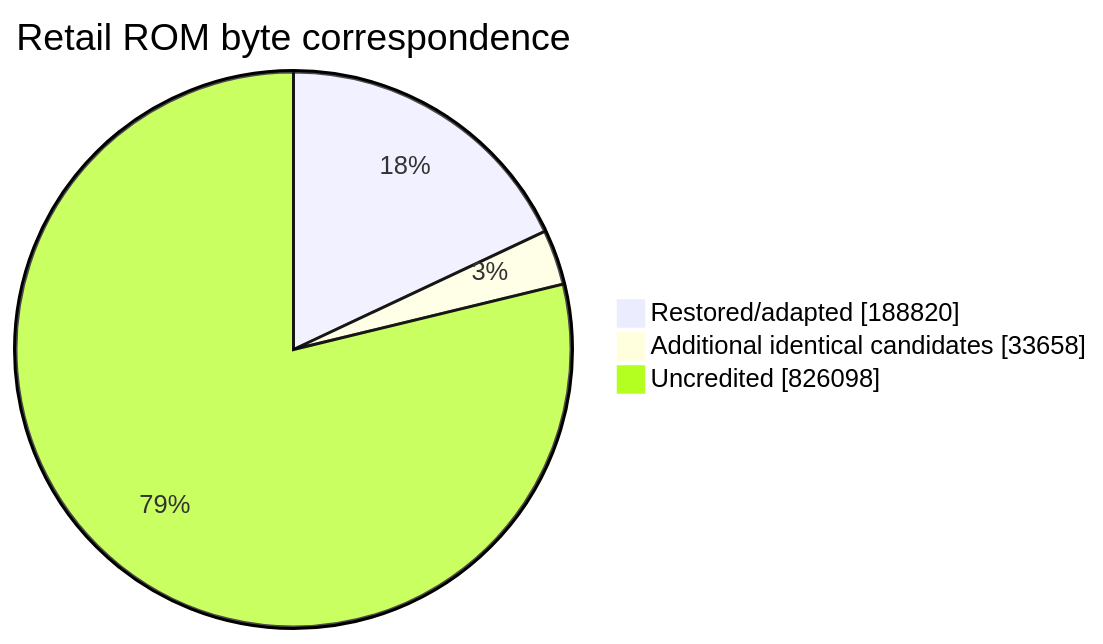
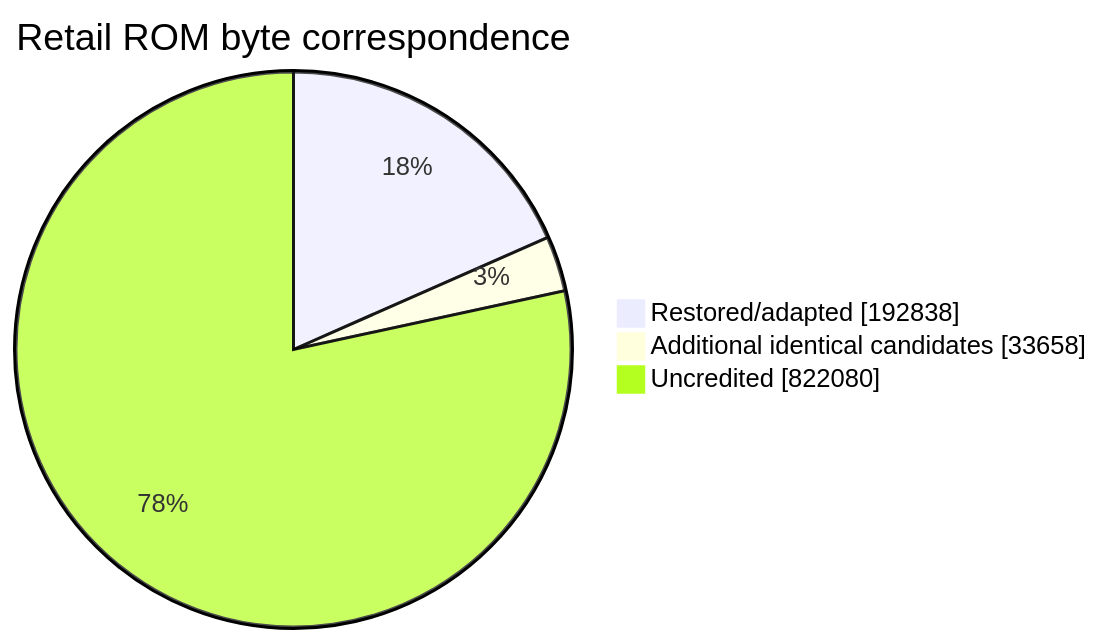
Before and after one commit to NachtRaveVL/stuntracefx: the second of 2 diagrams in readme.md, drawn with Mermaid. The commit also changed other lines of this file and 8 other files, not shown here.

````diff
--- a/readme.md
+++ b/readme.md
@@ -108,7 +108,7 @@
 ```mermaid
 pie showData
     title Retail ROM byte correspondence
-    "Restored/adapted" : 188820
+    "Restored/adapted" : 192838
     "Additional identical candidates" : 33658
-    "Uncredited" : 826098
+    "Uncredited" : 822080
 ```
````
